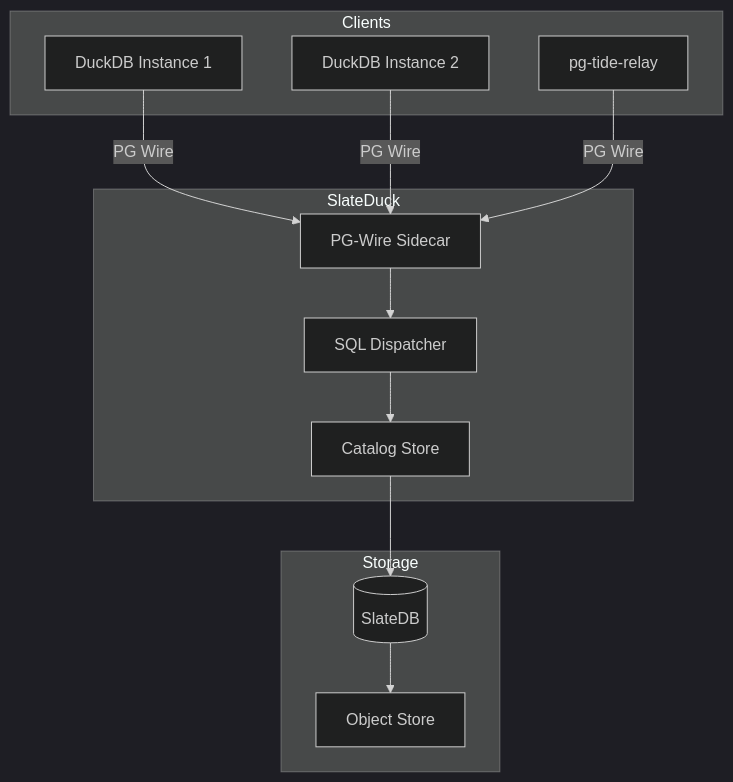
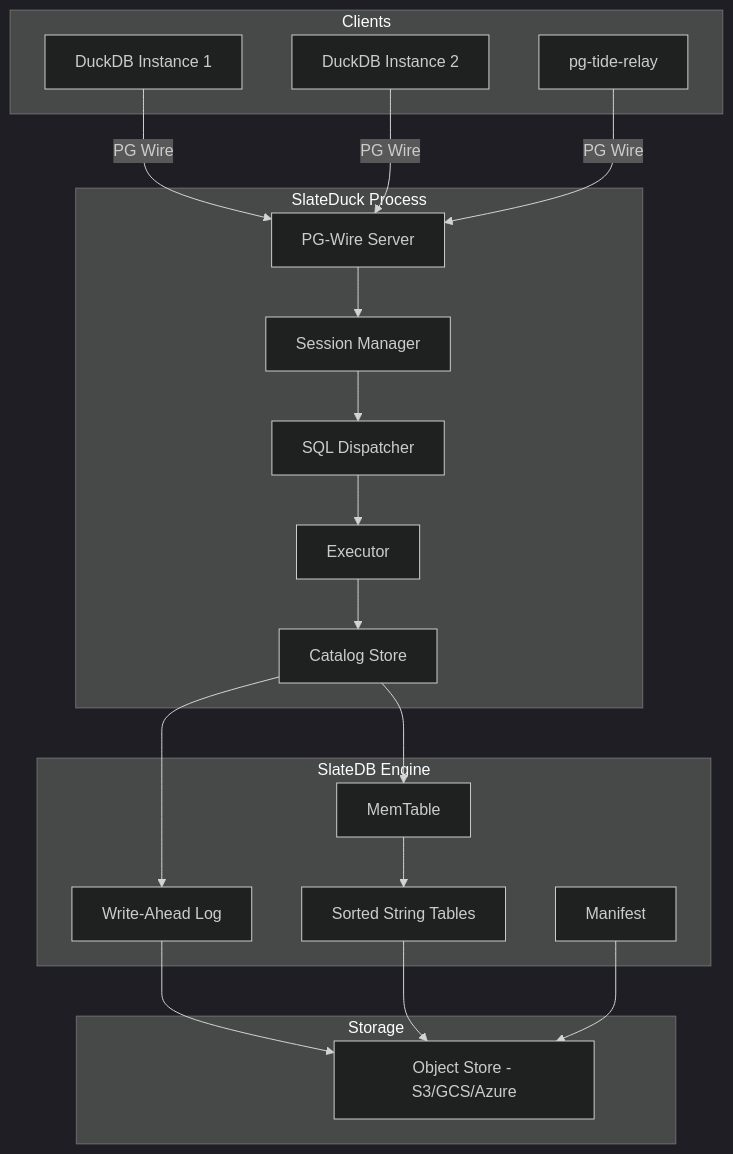
The diagram in docs/architecture/overview.md (trickle-labs/rocklake), drawn with Mermaid (dark theme) before and after one commit. The commit also changed other lines of this file and 91 other files, not shown here.

````diff
--- a/docs/architecture/overview.md
+++ b/docs/architecture/overview.md
@@ -5,24 +7,37 @@
 ```mermaid
 graph TB
     subgraph Clients
         DB1[DuckDB Instance 1]
         DB2[DuckDB Instance 2]
         PT[pg-tide-relay]
     end
-    subgraph SlateDuck
-        PG[PG-Wire Sidecar]
+    subgraph "SlateDuck Process"
+        PG[PG-Wire Server]
         SQL[SQL Dispatcher]
+        EXEC[Executor]
+        SESS[Session Manager]
         CAT[Catalog Store]
     end
+    subgraph "SlateDB Engine"
+        WAL[Write-Ahead Log]
+        MEM[MemTable]
+        SST[Sorted String Tables]
+        MAN[Manifest]
+    end
     subgraph Storage
-        SDB[(SlateDB)]
-        S3[Object Store]
+        S3[Object Store - S3/GCS/Azure]
     end
     DB1 -->|PG Wire| PG
     DB2 -->|PG Wire| PG
     PT -->|PG Wire| PG
-    PG --> SQL
-    SQL --> CAT
-    CAT --> SDB
-    SDB --> S3
+    PG --> SESS
+    SESS --> SQL
+    SQL --> EXEC
+    EXEC --> CAT
+    CAT --> WAL
+    CAT --> MEM
+    WAL --> S3
+    MEM --> SST
+    SST --> S3
+    MAN --> S3
 ```
````
